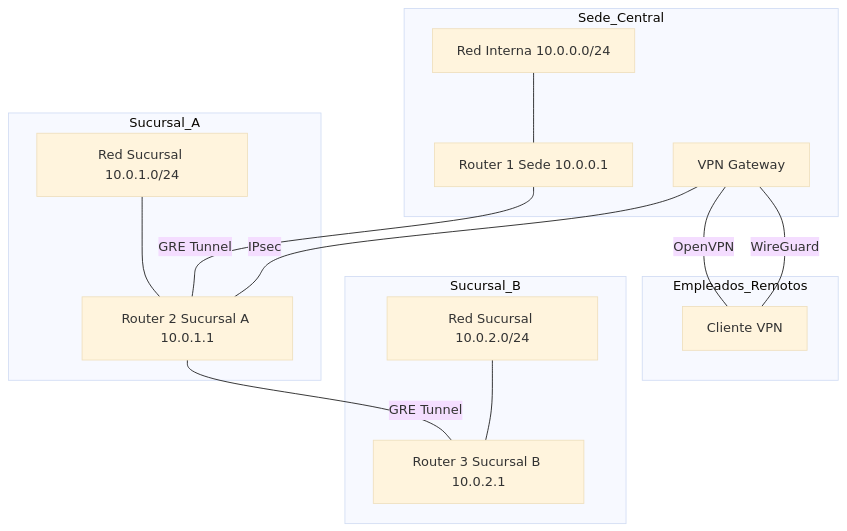
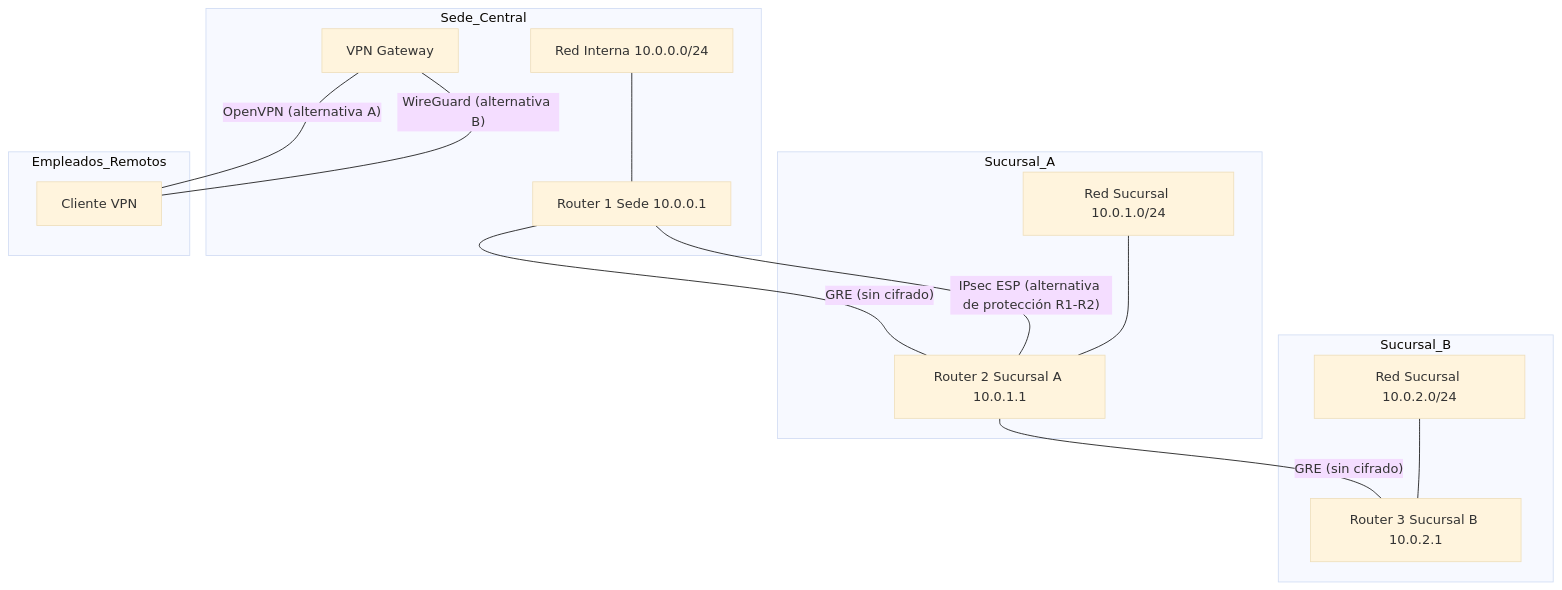
The diagram in docs/labs/lab-09/index.md (asideloko/Networking-Lab), drawn with Mermaid (base theme) before and after one commit. The commit also changed other lines of this file and 18 other files, not shown here.

````diff
--- a/docs/labs/lab-09/index.md
+++ b/docs/labs/lab-09/index.md
@@ -44,27 +50,27 @@
 ```mermaid
 graph TB
     subgraph Sede_Central
         R1[Router 1 Sede 10.0.0.1]
         LAN1[Red Interna 10.0.0.0/24]
         VPN_GW[VPN Gateway]
     end
     subgraph Sucursal_A
         R2[Router 2 Sucursal A 10.0.1.1]
         LAN2[Red Sucursal 10.0.1.0/24]
     end
     subgraph Sucursal_B
         R3[Router 3 Sucursal B 10.0.2.1]
         LAN3[Red Sucursal 10.0.2.0/24]
     end
     subgraph Empleados_Remotos
         CLIENTE[Cliente VPN]
     end
-    R1 ---|GRE Tunnel| R2
-    R2 ---|GRE Tunnel| R3
-    VPN_GW ---|IPsec| R2
-    VPN_GW ---|OpenVPN| CLIENTE
-    VPN_GW ---|WireGuard| CLIENTE
+    R1 ---|"GRE (sin cifrado)"| R2
+    R2 ---|"GRE (sin cifrado)"| R3
+    R1 ---|"IPsec ESP (alternativa de protección R1-R2)"| R2
+    VPN_GW ---|"OpenVPN (alternativa A)"| CLIENTE
+    VPN_GW ---|"WireGuard (alternativa B)"| CLIENTE
     LAN1 --- R1
     LAN2 --- R2
     LAN3 --- R3
 ```
````
